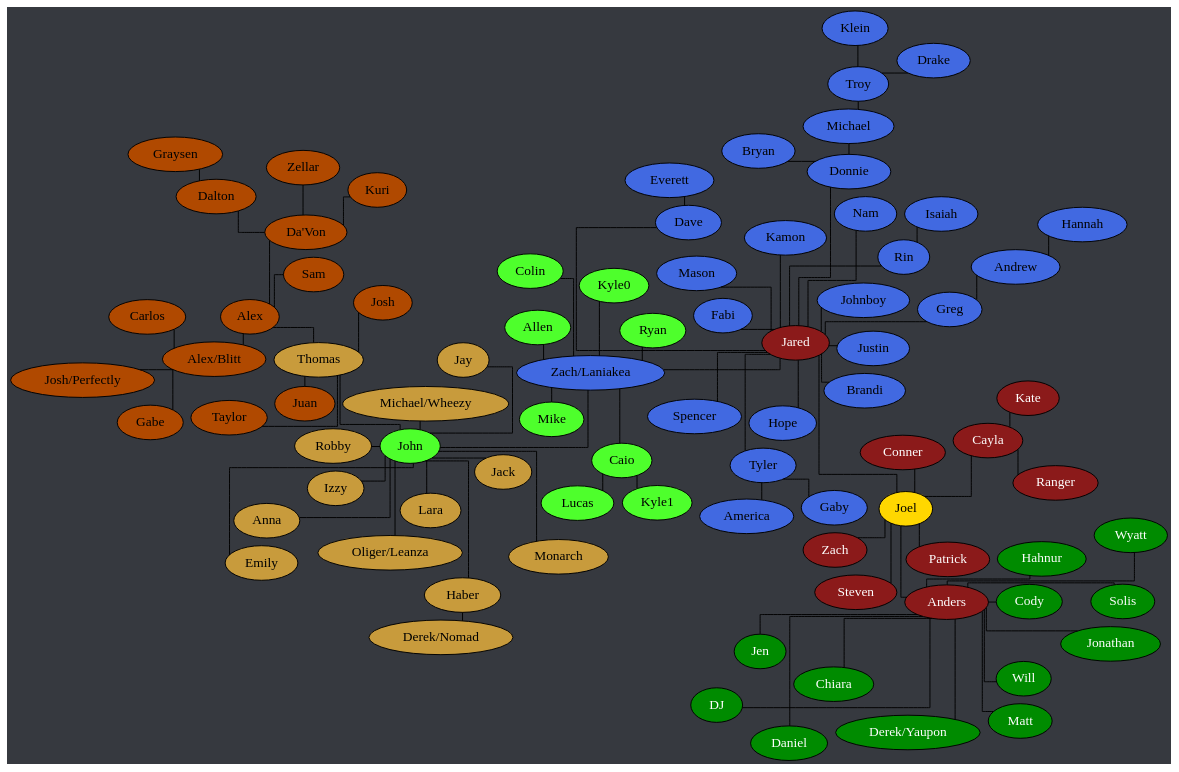
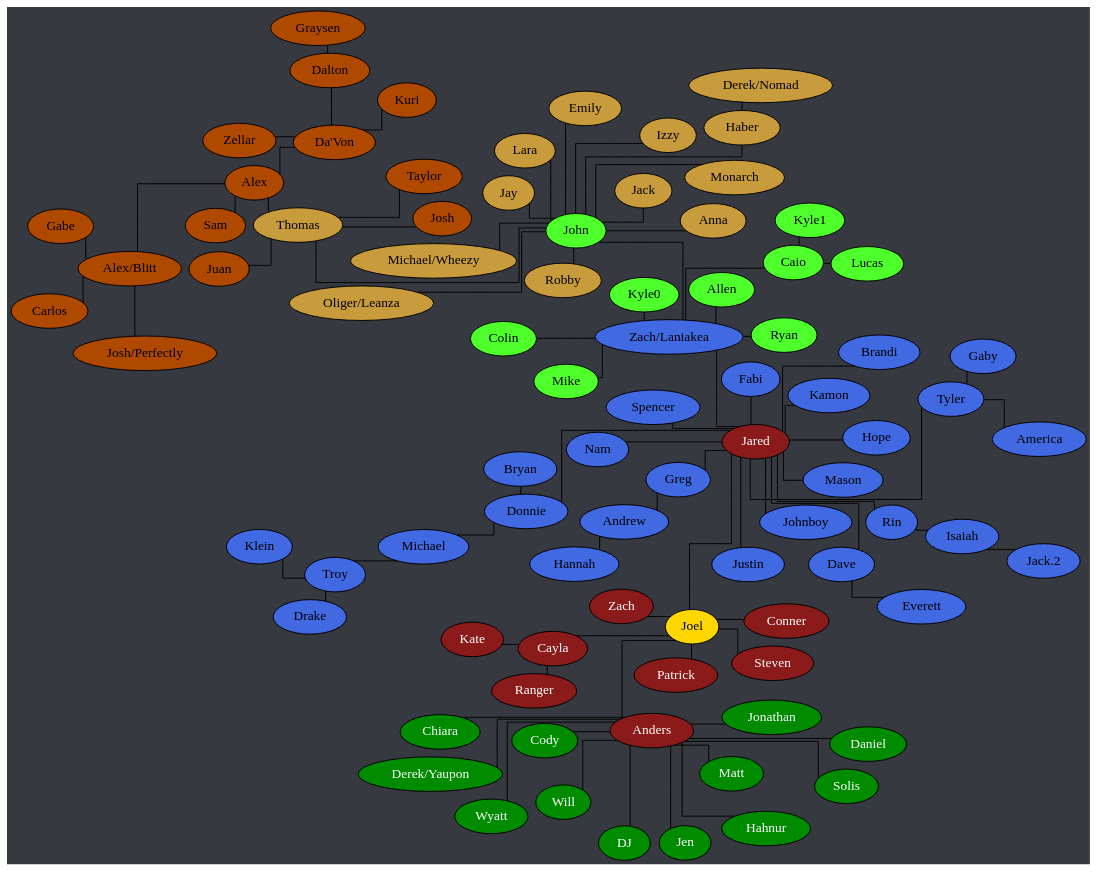
One commit to Documidas/CoronaCatzFamilyTree changed the diagram in tree.dot. Above: the diagram before and after it, drawn with Graphviz. The commit also changed 1 other file, not shown here.

```diff
--- a/tree.dot
+++ b/tree.dot
@@ -1,132 +1,133 @@
 strict graph {
 	// Layout Configuration
 	layout = neato;
 	epsilon = 0.01;
 	mode = KK;
 	model = subset;
 	overlap = false;
 	splines = ortho;
 
 	// Visual Configuration
 	graph [truecolor=true bgcolor="#36393f"]
 	node [style=filled fillcolor="gray" fontcolor="black"]
 
 	subgraph "Joel" {
 		node [style=filled fillcolor="firebrick4" fontcolor="white"];
 		Joel [style=filled fillcolor="gold" fontcolor="black"];
 
 		Anders -- Joel;
 		Cayla -- Joel
 		Cayla -- Kate;
 		Cayla -- Ranger;
 		Joel -- Conner;
 		Joel -- Jared;
 		Joel -- Patrick;
 		Joel -- Steven;
 		Joel -- Zach;
 	}
 
 	subgraph "Anders" {
 		node [style=filled fillcolor="green4" fontcolor="white"];
 
 		Anders -- Chiara
 		Anders -- Cody;
 		Anders -- Daniel;
 		Anders -- "Derek/Yaupon";
 		Anders -- DJ;
 		Anders -- Hahnur;
 		Anders -- Jen;
 		Anders -- Jonathan;
 		Anders -- Matt;
 		Anders -- Solis;
 		Anders -- Will;
 		Anders -- Wyatt;
 	}
 
 	subgraph "Jared" {
 		node [style=filled fillcolor="royalblue" fontcolor="black"]
 
 		Andrew -- Hannah;
 		Dave -- Everett;
 		Donnie -- Bryan;
 		Donnie -- Michael;
 		Greg -- Andrew;
+		Isaiah -- "Jack.2";
 		Jared -- Brandi;
 		Jared -- Dave;
 		Jared -- Donnie;
 		Jared -- Fabi;
 		Jared -- Greg;
 		Jared -- Hope;
 		Jared -- Johnboy;
 		Jared -- Justin;
 		Jared -- Kamon;
 		Jared -- Mason;
 		Jared -- Nam;
 		Jared -- Rin;
 		Jared -- Spencer;
 		Jared -- Tyler;
 		Jared -- "Zach/Laniakea";
 		Michael -- Troy;
 		Rin -- Isaiah;
 		Tyler -- America;
 		Tyler -- Gaby;
 		Troy -- Drake;
 		Troy -- Klein;
 	}
 
 	subgraph "Zach/Laniakea" {
 		node [style=filled fillcolor="#4eff2c" fontcolor="black"]
 
 		Caio -- Kyle1;
 		Caio -- Lucas;
 		"Zach/Laniakea" -- Allen;
 		"Zach/Laniakea" -- Caio;
 		"Zach/Laniakea" -- Colin;
 		"Zach/Laniakea" -- John [ len = 10 ];
 		"Zach/Laniakea" -- Kyle0;
 		"Zach/Laniakea" -- Mike;
 		"Zach/Laniakea" -- Ryan;
 	}
 
 	subgraph "John" {
 		node [style=filled fillcolor="#c89b3c" fontcolor="black"]
 
 		Haber -- "Derek/Nomad";
 		John -- Anna;
 		John -- Emily;
 		John -- Haber;
 		John -- Jay;
 		John -- Jack;
 		John -- Lara;
 		John -- Monarch;
 		John -- "Oliger/Leanza";
 		John -- Thomas;
 	}
 
 	subgraph "John-stream" {
 		// node [style=filled fillcolor="#9147ff" fontcolor="black"]
 		node [style=filled fillcolor="#c89b3c" fontcolor="black"]
 
 		John -- Izzy;
 		John -- "Michael/Wheezy";
 		John -- Robby;
 	}
 
 	subgraph "Thomas" {
 		node [style=filled fillcolor="#b04900" fontcolor="black"]
 		Alex -- "Da'Von";
 		Alex -- "Alex/Blitt";
 		Alex -- Sam;
 		"Alex/Blitt" -- Carlos;
 		"Alex/Blitt" -- Gabe;
 		"Alex/Blitt" -- "Josh/Perfectly";
 		Dalton -- Graysen;
 		"Da'Von" -- Dalton;
 		"Da'Von" -- Kuri;
 		"Da'Von" -- Zellar;
 		Thomas -- Alex;
 		Thomas -- Josh;
 		Thomas -- Juan;
 		Thomas -- Taylor;
 	}
 }
```
